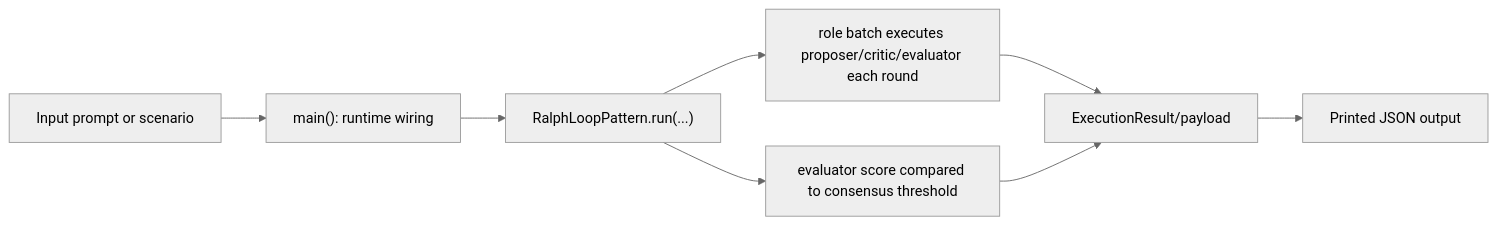
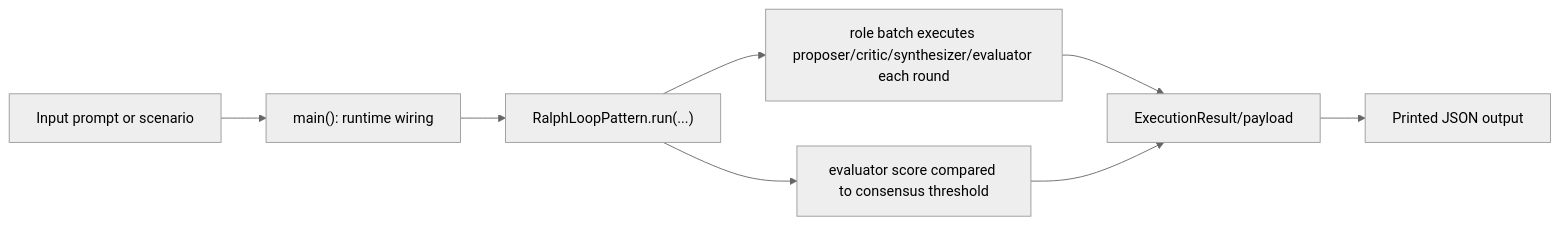
One commit to cmudrc/design-research-agents changed the diagram in docs/examples/patterns/ralph_loop.rst. Above: the diagram before and after it, drawn with Mermaid (neutral theme). The commit also changed other lines of this file and 11 other files, not shown here.

```diff
--- a/docs/examples/patterns/ralph_loop.rst
+++ b/docs/examples/patterns/ralph_loop.rst
@@ -21,10 +21,10 @@
 .. mermaid::
 
    flowchart LR
        A["Input prompt or scenario"] --> B["main(): runtime wiring"]
        B --> C["RalphLoopPattern.run(...)"]
-       C --> D["role batch executes proposer/critic/evaluator each round"]
+       C --> D["role batch executes proposer/critic/synthesizer/evaluator each round"]
        C --> E["evaluator score compared to consensus threshold"]
        D --> F["ExecutionResult/payload"]
        E --> F
        F --> G["Printed JSON output"]
```
